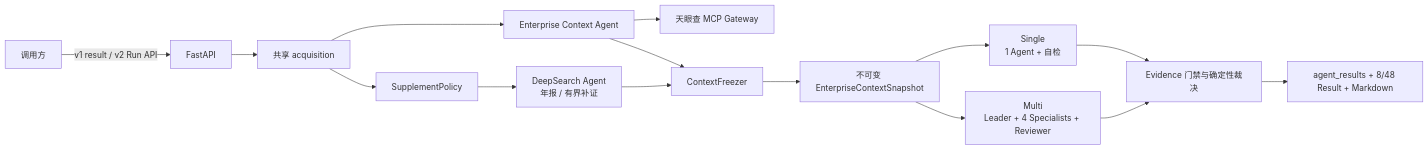
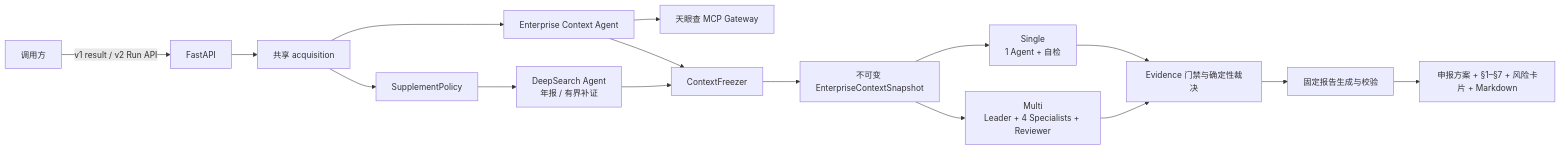
The diagram in README.md (yamzhao/jindiao), drawn with Mermaid before and after one commit. The commit also changed other lines of this file and 208 other files, not shown here.

````diff
--- a/README.md
+++ b/README.md
@@ -21,17 +21,25 @@
 ```mermaid
 flowchart LR
-    C[调用方] -->|v1 result / v2 Run API| API[FastAPI]
-    API --> A[共享 acquisition]
-    A --> CA[Enterprise Context Agent]
-    CA --> TYC[天眼查 MCP Gateway]
-    A --> SP[SupplementPolicy]
-    SP --> DS[DeepSearch Agent\n年报 / 有界补证]
-    CA --> F[ContextFreezer]
+    C["调用方"] -->|v1 result / v2 Run API| API["FastAPI"]
+    API --> A["共享 acquisition"]
+
+    A --> CA["Enterprise Context Agent"]
+    CA --> TYC["天眼查 MCP Gateway"]
+
+    A --> SP["SupplementPolicy"]
+    SP --> DS["DeepSearch Agent<br/>年报 / 有界补证"]
+
+    CA --> F["ContextFreezer"]
     DS --> F
-    F --> SNAP[不可变 EnterpriseContextSnapshot]
-    SNAP --> S[Single\n1 Agent + 自检]
-    SNAP --> M[Multi\nLeader + 4 Specialists + Reviewer]
-    S --> G[Evidence 门禁与确定性裁决]
+
+    F --> SNAP["不可变 EnterpriseContextSnapshot"]
+
+    SNAP --> S["Single<br/>1 Agent + 自检"]
+    SNAP --> M["Multi<br/>Leader + 4 Specialists + Reviewer"]
+
+    S --> G["Evidence 门禁与确定性裁决"]
     M --> G
-    G --> OUT[agent_results + 8/48 Result + Markdown]
+
+    G --> R["固定报告生成与校验"]
+    R --> OUT["申报方案 + §1–§7 + 风险卡片 + Markdown"]
 ```
````
